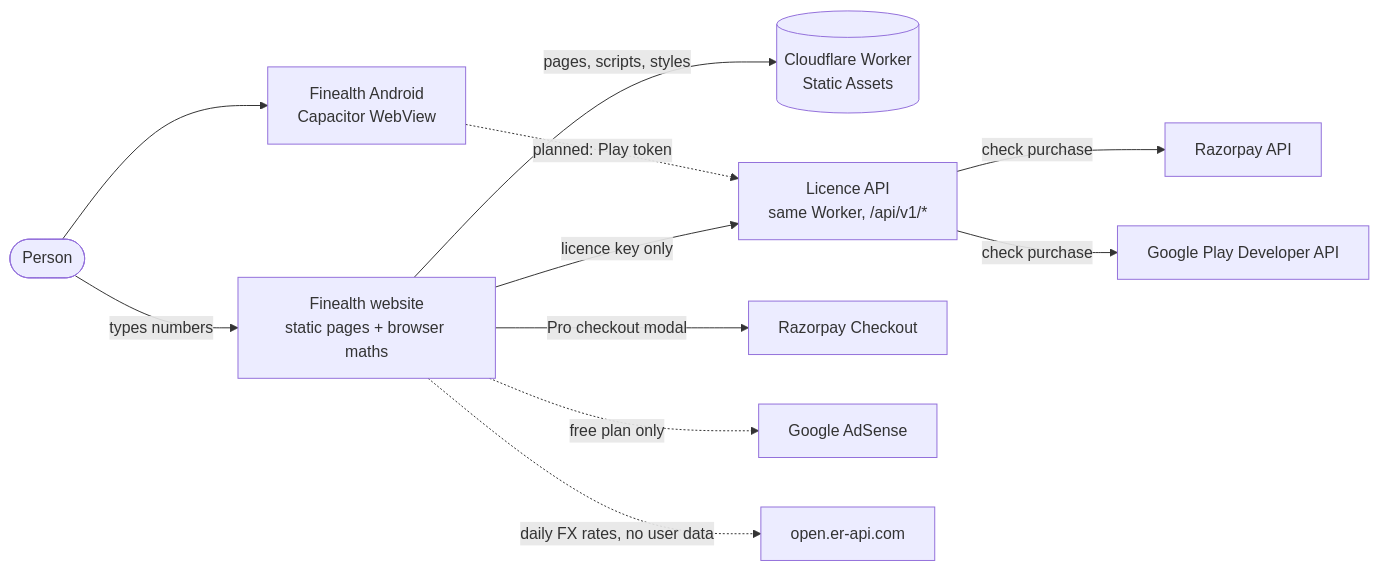
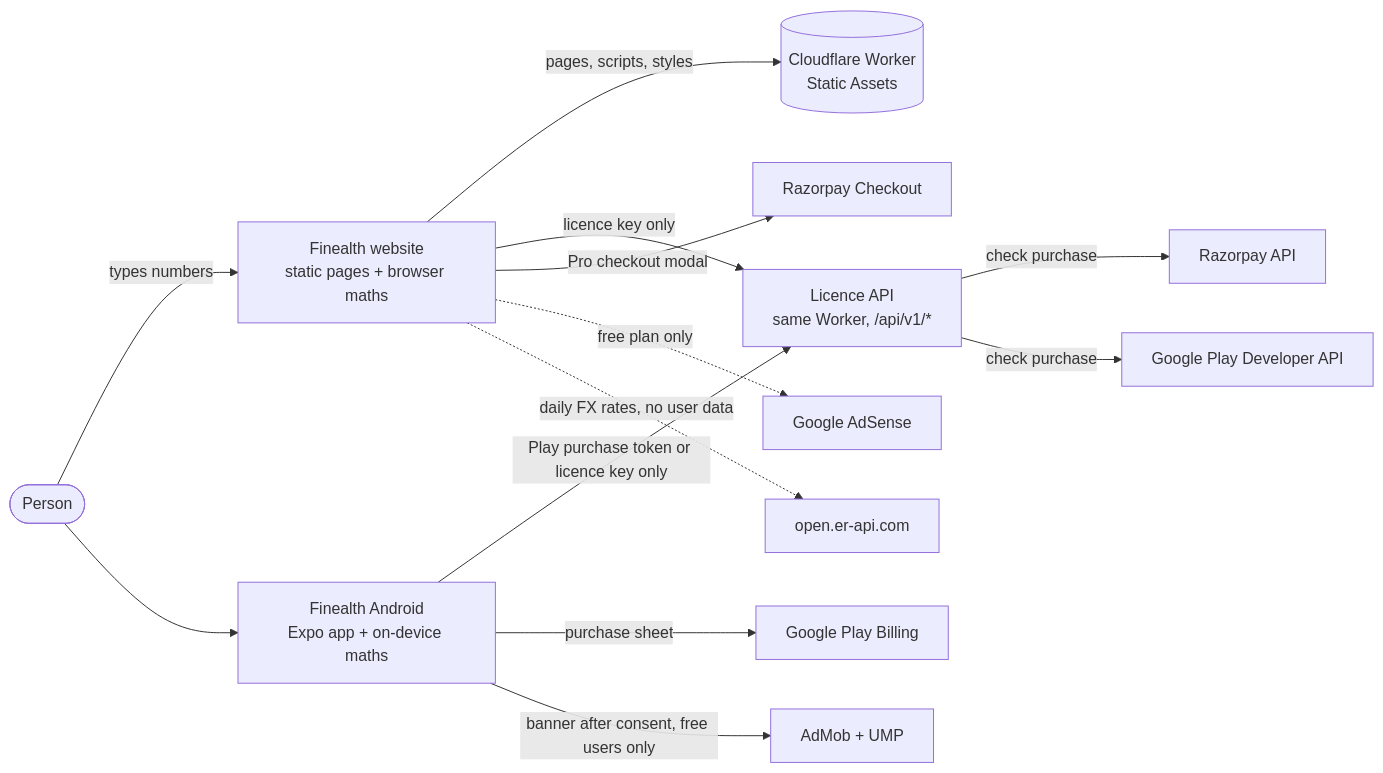
One commit to equisteg/finance-calculators changed the first of 4 diagrams in docs/HLD.md. Above: the diagram before and after it, drawn with Mermaid. The commit also changed other lines of this file and 182 other files, not shown here.

First line of the commit message:
feat(mobile): rebuild the Android app in Expo on the shared engine

````diff
--- a/docs/HLD.md
+++ b/docs/HLD.md
@@ -41,13 +41,15 @@
 ```mermaid
 flowchart LR
   user([Person]) -->|types numbers| web[Finealth website<br/>static pages + browser maths]
-  user --> app[Finealth Android<br/>Capacitor WebView]
+  user --> app[Finealth Android<br/>Expo app + on-device maths]
   web -->|pages, scripts, styles| cf[(Cloudflare Worker<br/>Static Assets)]
   web -->|licence key only| api[Licence API<br/>same Worker, /api/v1/*]
-  app -.->|planned: Play token| api
+  app -->|Play purchase token or licence key only| api
+  app -->|purchase sheet| gpb[Google Play Billing]
+  app -->|banner after consent, free users only| admob[AdMob + UMP]
   api -->|check purchase| rzp[Razorpay API]
   api -->|check purchase| play[Google Play Developer API]
   web -->|Pro checkout modal| rzpjs[Razorpay Checkout]
   web -.->|free plan only| adsense[Google AdSense]
   web -.->|daily FX rates, no user data| fx[open.er-api.com]
 ```
````
